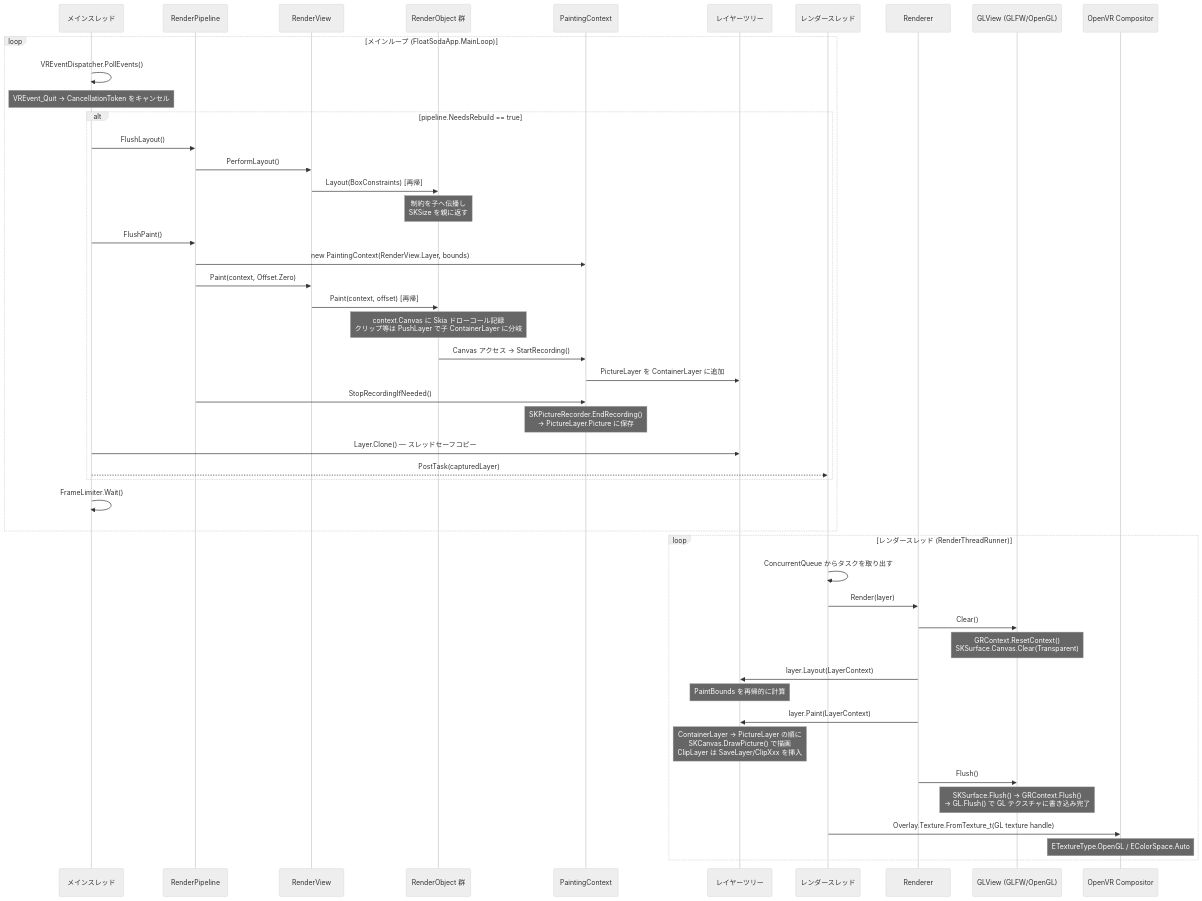
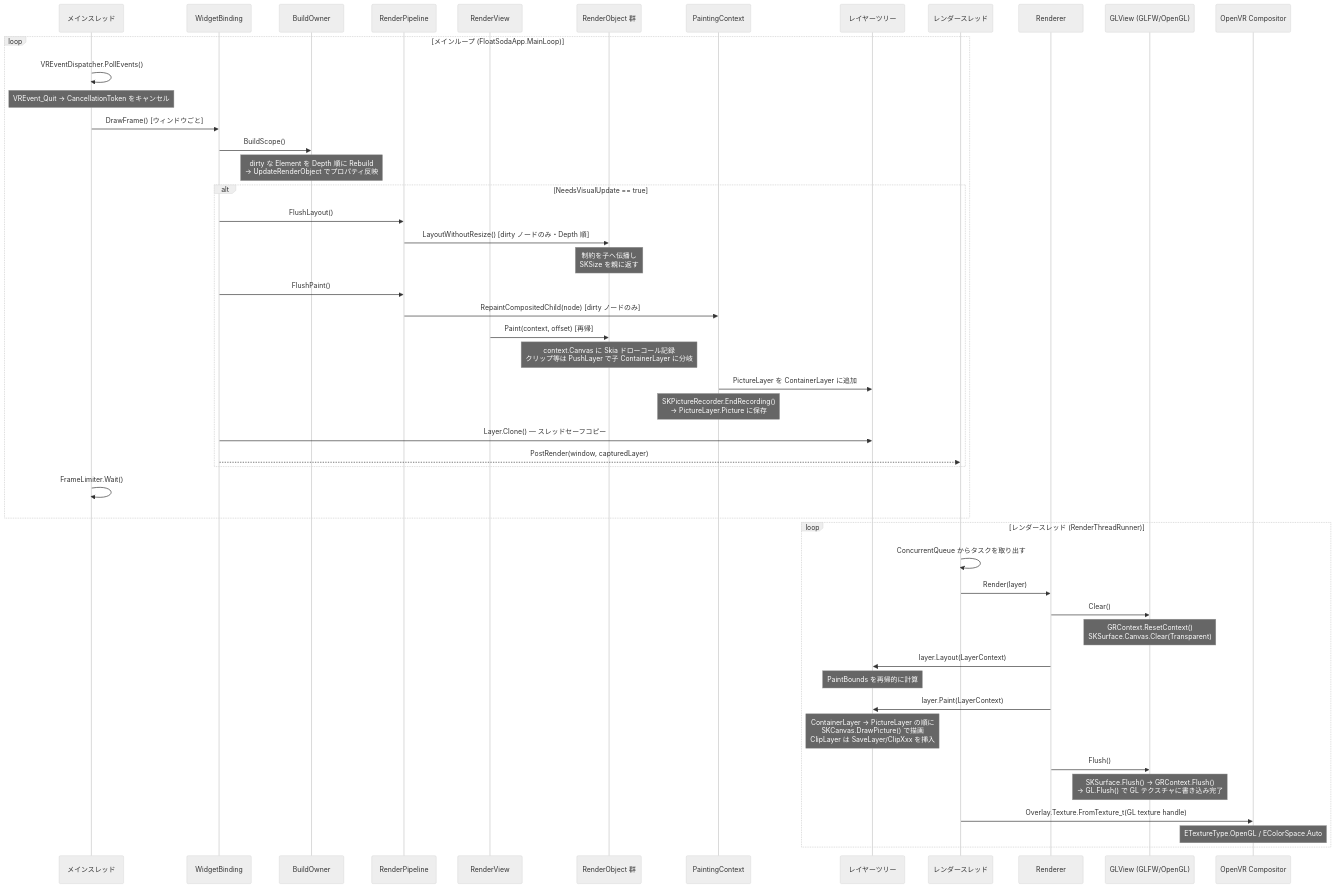
Before and after one commit to sumx21t-3310/FloatSoda: the third of 3 diagrams in docs/Architecture.md, drawn with Mermaid (neutral theme). The commit also changed other lines of this file and 12 other files, not shown here.

````diff
--- a/docs/Architecture.md
+++ b/docs/Architecture.md
@@ -68,55 +73,57 @@
 ```mermaid
 sequenceDiagram
     participant Main as メインスレッド
+    participant WB as WidgetBinding
+    participant BO as BuildOwner
     participant Pipeline as RenderPipeline
     participant RV as RenderView
     participant RO as RenderObject 群
     participant PC as PaintingContext
     participant Layer as レイヤーツリー
     participant RT as レンダースレッド
     participant Renderer as Renderer
     participant GL as GLView (GLFW/OpenGL)
     participant VR as OpenVR Compositor
 
     loop メインループ (FloatSodaApp.MainLoop)
         Main->>Main: VREventDispatcher.PollEvents()
         Note over Main: VREvent_Quit → CancellationToken をキャンセル
 
-        alt pipeline.NeedsRebuild == true
-            Main->>Pipeline: FlushLayout()
-            Pipeline->>RV: PerformLayout()
-            RV->>RO: Layout(BoxConstraints) [再帰]
+        Main->>WB: DrawFrame() [ウィンドウごと]
+        WB->>BO: BuildScope()
+        Note over BO: dirty な Element を Depth 順に Rebuild<br/>→ UpdateRenderObject でプロパティ反映
+
+        alt NeedsVisualUpdate == true
+            WB->>Pipeline: FlushLayout()
+            Pipeline->>RO: LayoutWithoutResize() [dirty ノードのみ・Depth 順]
             Note over RO: 制約を子へ伝播し<br/>SKSize を親に返す
 
-            Main->>Pipeline: FlushPaint()
-            Pipeline->>PC: new PaintingContext(RenderView.Layer, bounds)
-            Pipeline->>RV: Paint(context, Offset.Zero)
+            WB->>Pipeline: FlushPaint()
+            Pipeline->>PC: RepaintCompositedChild(node) [dirty ノードのみ]
             RV->>RO: Paint(context, offset) [再帰]
             Note over RO: context.Canvas に Skia ドローコール記録<br/>クリップ等は PushLayer で子 ContainerLayer に分岐
-            RO->>PC: Canvas アクセス → StartRecording()
             PC->>Layer: PictureLayer を ContainerLayer に追加
-            Pipeline->>PC: StopRecordingIfNeeded()
             Note over PC: SKPictureRecorder.EndRecording()<br/>→ PictureLayer.Picture に保存
 
-            Main->>Layer: Layer.Clone() — スレッドセーフコピー
-            Main-->>RT: PostTask(capturedLayer)
+            WB->>Layer: Layer.Clone() — スレッドセーフコピー
+            WB-->>RT: PostRender(window, capturedLayer)
         end
 
         Main->>Main: FrameLimiter.Wait()
     end
 
     loop レンダースレッド (RenderThreadRunner)
         RT->>RT: ConcurrentQueue からタスクを取り出す
         RT->>Renderer: Render(layer)
         Renderer->>GL: Clear()
         Note over GL: GRContext.ResetContext()<br/>SKSurface.Canvas.Clear(Transparent)
         Renderer->>Layer: layer.Layout(LayerContext)
         Note over Layer: PaintBounds を再帰的に計算
         Renderer->>Layer: layer.Paint(LayerContext)
         Note over Layer: ContainerLayer → PictureLayer の順に<br/>SKCanvas.DrawPicture() で描画<br/>ClipLayer は SaveLayer/ClipXxx を挿入
         Renderer->>GL: Flush()
         Note over GL: SKSurface.Flush() → GRContext.Flush()<br/>→ GL.Flush() で GL テクスチャに書き込み完了
         RT->>VR: Overlay.Texture.FromTexture_t(GL texture handle)
         Note over VR: ETextureType.OpenGL / EColorSpace.Auto
     end
 ```
````
